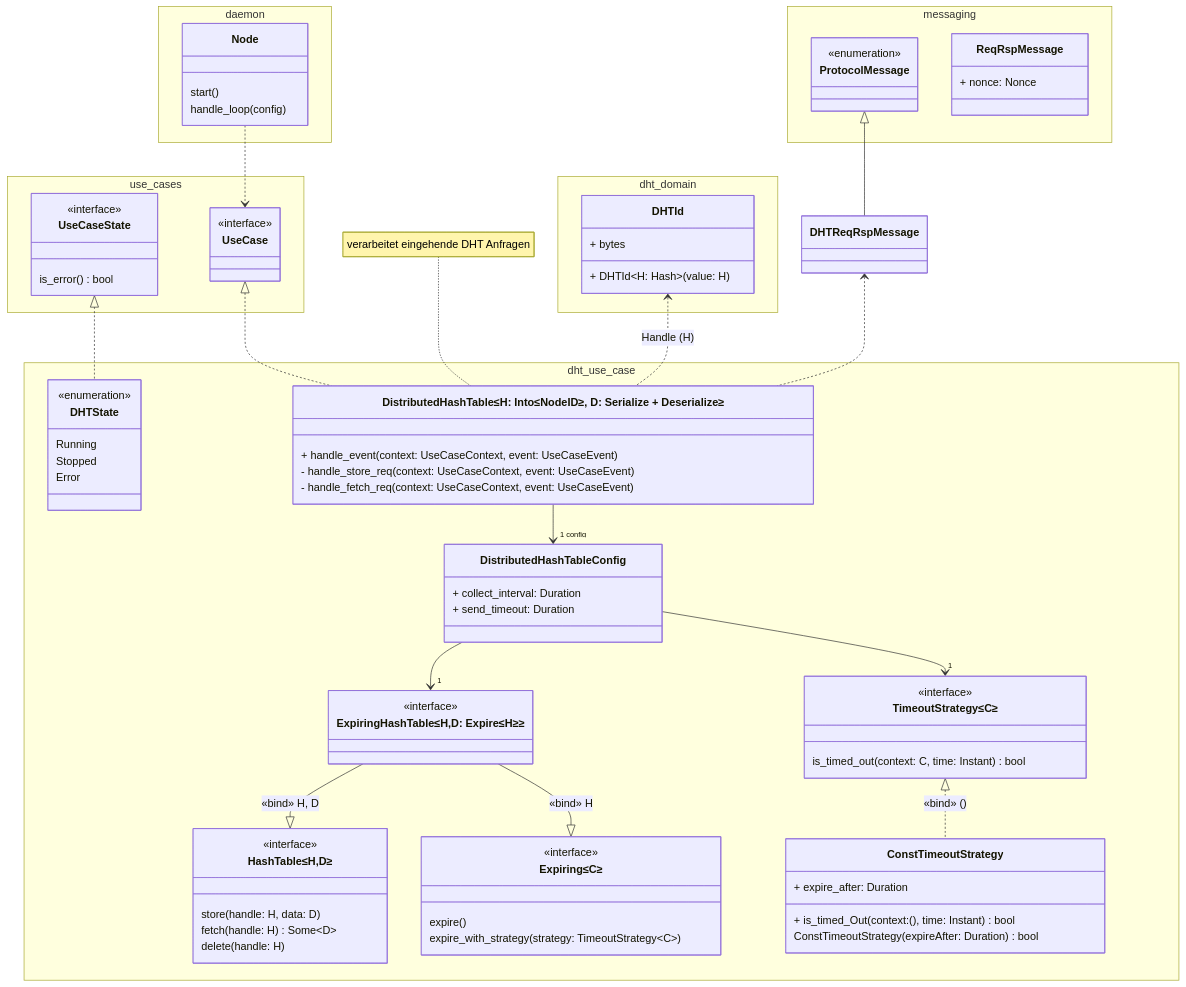
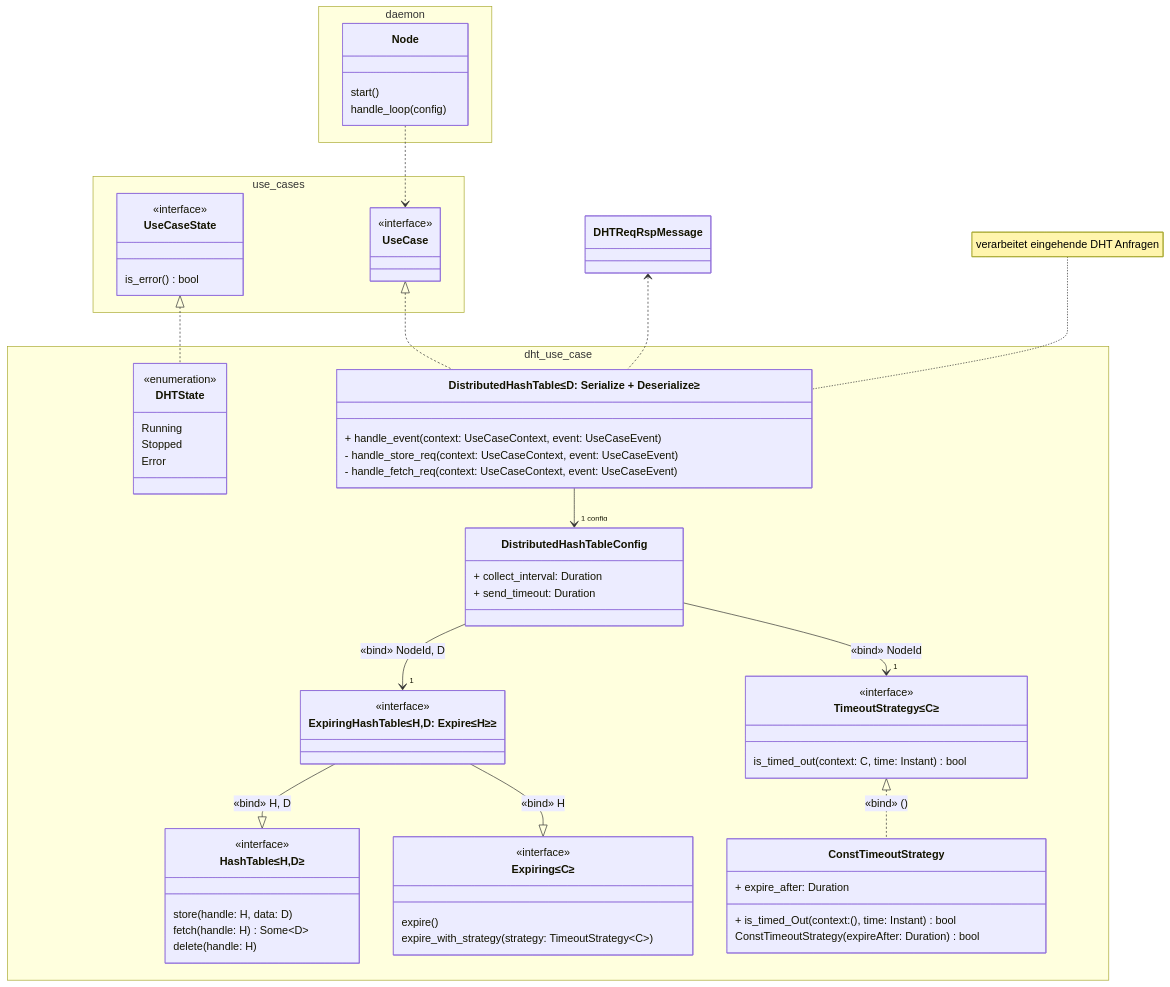
One commit to kit-tm/KIRA-Rust changed the second of 3 diagrams in dht-draft.md. Above: the diagram before and after it, drawn with Mermaid. The commit also changed other lines of this file, not shown here.

Commit message:
Fix dht-draft

````diff
--- a/dht-draft.md
+++ b/dht-draft.md
@@ -114,7 +113,7 @@
             Stopped
             Error
         }
-        class DistributedHashTable["DistributedHashTable≤H: Into≤NodeID≥, D: Serialize + Deserialize≥"] {
+        class DistributedHashTable["DistributedHashTable≤D: Serialize + Deserialize≥"] {
             + handle_event(context: UseCaseContext, event: UseCaseEvent)
             - handle_store_req(context: UseCaseContext, event: UseCaseEvent)
             - handle_fetch_req(context: UseCaseContext, event: UseCaseEvent)
@@ -158,25 +157,12 @@
     DHTReqRspMessage <.. DistributedHashTable
     
     DistributedHashTable --> "1 config" DistributedHashTableConfig
-    DHTId <.. DistributedHashTable: Handle (H)
     note for DistributedHashTable "verarbeitet eingehende DHT Anfragen"
     UseCaseState <|.. DHTState
-    DistributedHashTableConfig --> "1" ExpiringHashTable
-    DistributedHashTableConfig --> "1" TimeoutStrategy
+    DistributedHashTableConfig --> "1" ExpiringHashTable : «bind» NodeId, D
+    DistributedHashTableConfig --> "1" TimeoutStrategy : «bind» NodeId
     UseCase <|.. DistributedHashTable
 
-
-    
-
-    namespace messaging {
-        class ProtocolMessage { <<enumeration>> }
-        class ReqRspMessage {
-            + nonce: Nonce
-        }
-    }
-    
-    ProtocolMessage <|-- DHTReqRspMessage
-    
     namespace daemon {
         class Node {
         start()
@@ -184,10 +170,4 @@
         }
     }
     Node ..> UseCase
-    namespace dht_domain {
-        class DHTId {
-            + bytes
-            + DHTId~H: Hash~(value: H)
-        }
-    }
 ```
````
